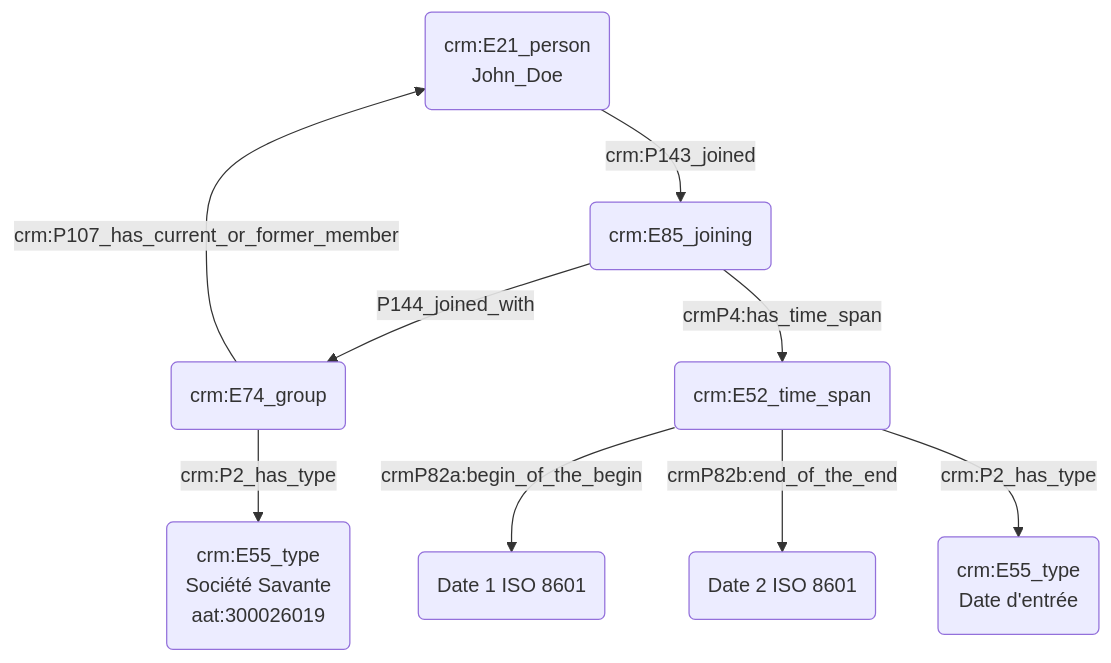
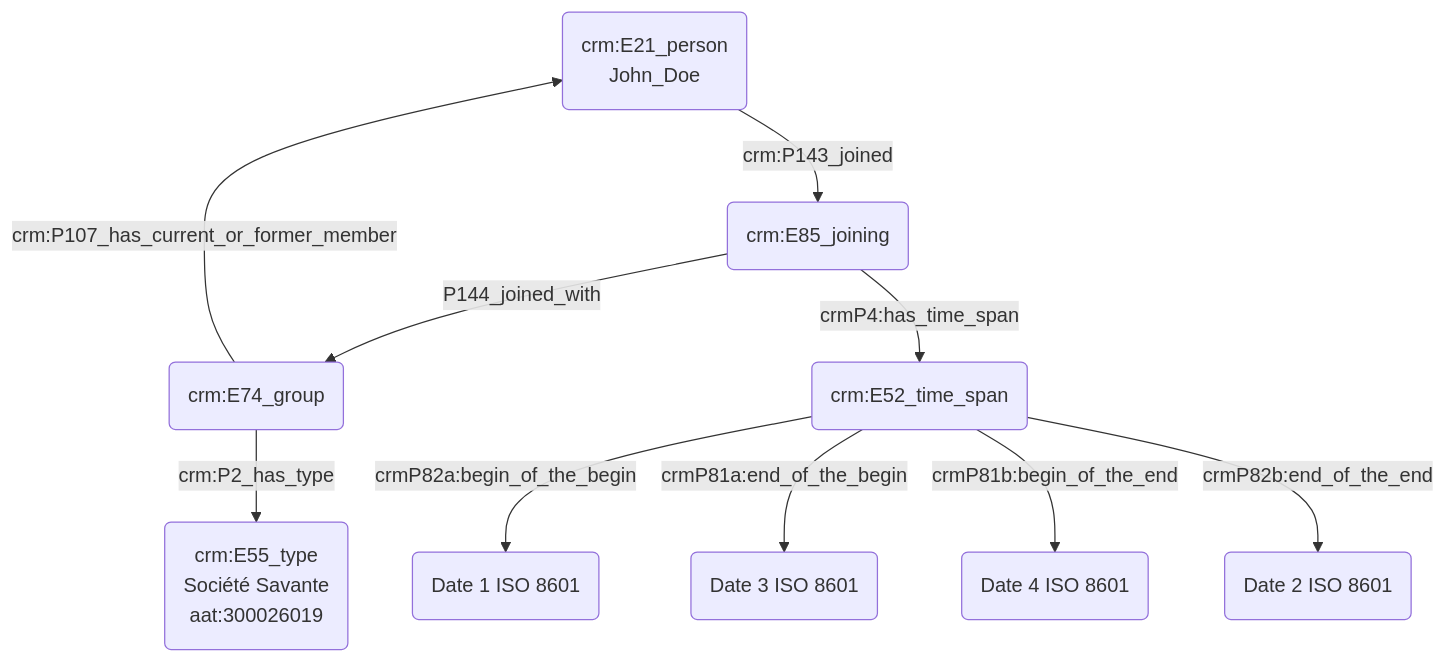
The diagram in modules/livrables/Dossier 2/Prosopographie/appartenance à un groupe social.md (Amleth/consortium-musica2-gt2-ontologies), drawn with Mermaid before and after one commit.

Commit message:
Update appartenance à un groupe social.md

````diff
--- a/modules/livrables/Dossier 2/Prosopographie/appartenance à un groupe social.md
+++ b/modules/livrables/Dossier 2/Prosopographie/appartenance à un groupe social.md
@@ -17,15 +17,16 @@
 ```mermaid
 graph TD;
 
 A(crm:E21_person<br>John_Doe) -->|crm:P143_joined| B(crm:E85_joining<br>Groupe)
 B(crm:E85_joining) --> |P144_joined_with| G(crm:E74_group)
 G(crm:E74_group) -->|crm:P2_has_type| C(crm:E55_type<br>Société Savante<br>aat:300026019)
 G(crm:E74_group) --> |crm:P107_has_current_or_former_member| A(crm:E21_person<br>John_Doe)
 
 
 B(crm:E85_joining) --> |crmP4:has_time_span| D(crm:E52_time_span)
 D(crm:E52_time_span) --> |crmP82a:begin_of_the_begin| E(Date 1 ISO 8601)
+D(crm:E52_time_span) --> |crmP81a:end_of_the_begin| I(Date 3 ISO 8601)
+D(crm:E52_time_span) --> |crmP81b:begin_of_the_end| J(Date 4 ISO 8601)
 D(crm:E52_time_span) --> |crmP82b:end_of_the_end| H(Date 2 ISO 8601)
-D(crm:E52_time_span) -->|crm:P2_has_type| F(crm:E55_type<br>Date d'entrée)
 
 ```
````
